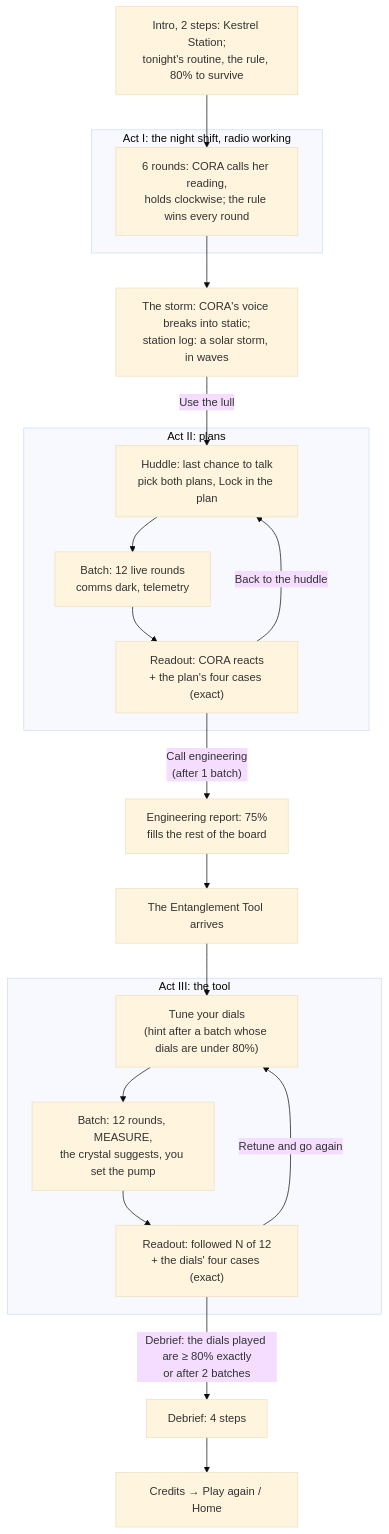
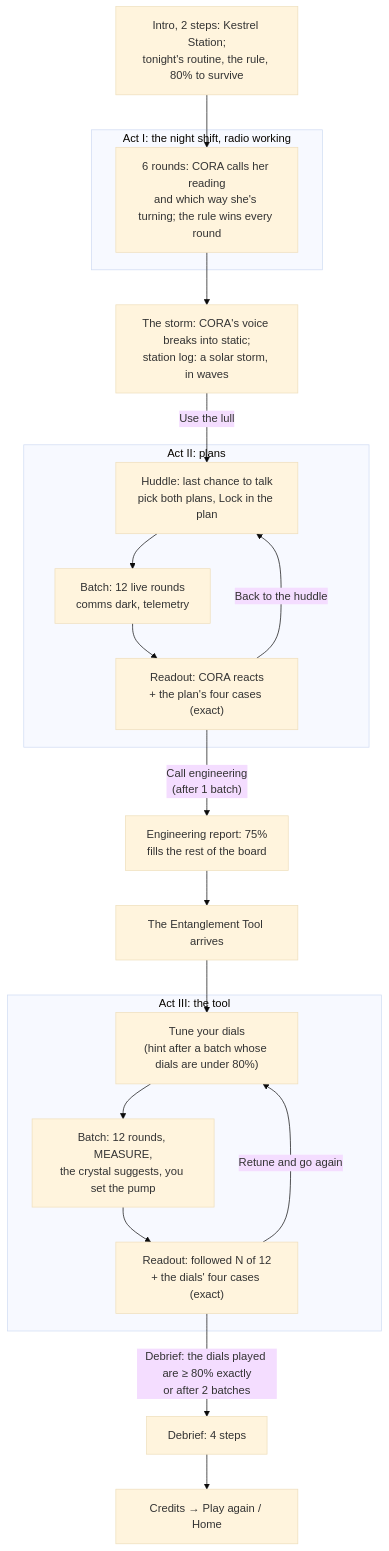
The diagram in README.md (PlayableStories/quantum-crew), drawn with Mermaid (base theme) before and after one commit. The commit also changed other lines of this file and 7 other files, not shown here.

First line of the commit message:
Act I: CORA turns at random and calls it

````diff
--- a/README.md
+++ b/README.md
@@ -58,24 +58,24 @@
 ```mermaid
 flowchart TD
   intro["Intro, 2 steps: Kestrel Station;<br/>tonight's routine, the rule, 80% to survive"] --> act1
   subgraph actI ["Act I: the night shift, radio working"]
-    act1["6 rounds: CORA calls her reading,<br/>holds clockwise; the rule wins every round"]
+    act1["6 rounds: CORA calls her reading<br/>and which way she's turning; the rule wins every round"]
   end
   act1 --> storm["The storm: CORA's voice breaks into static;<br/>station log: a solar storm, in waves"]
   storm -- "Use the lull" --> plan
   subgraph act2 ["Act II: plans"]
     plan["Huddle: last chance to talk<br/>pick both plans, Lock in the plan"] --> batch2["Batch: 12 live rounds<br/>comms dark, telemetry"]
     batch2 --> read2["Readout: CORA reacts<br/>+ the plan's four cases (exact)"]
     read2 -- "Back to the huddle" --> plan
   end
   read2 -- "Call engineering<br/>(after 1 batch)" --> ceiling["Engineering report: 75%<br/>fills the rest of the board"]
   ceiling --> tool["The Entanglement Tool arrives"]
   tool --> tune
   subgraph act3 ["Act III: the tool"]
     tune["Tune your dials<br/>(hint after a batch whose dials are under 80%)"] --> batch3["Batch: 12 rounds, MEASURE,<br/>the crystal suggests, you set the pump"]
     batch3 --> read3["Readout: followed N of 12<br/>+ the dials' four cases (exact)"]
     read3 -- "Retune and go again" --> tune
   end
   read3 -- "Debrief: the dials played are ≥ 80% exactly<br/>or after 2 batches" --> debrief["Debrief: 4 steps"]
   debrief --> credits["Credits → Play again / Home"]
 ```
````
